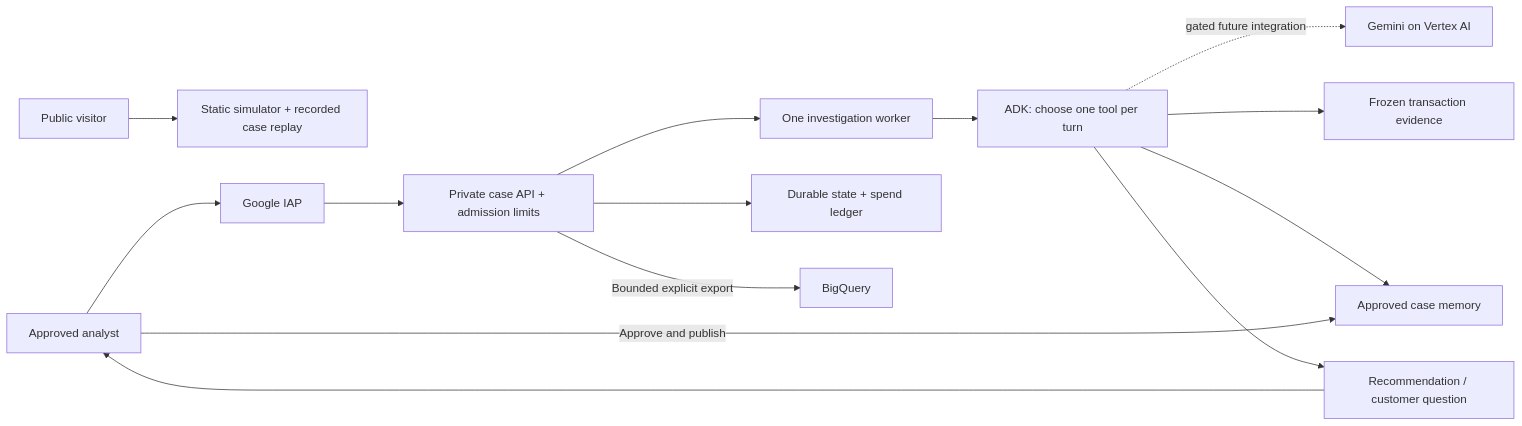
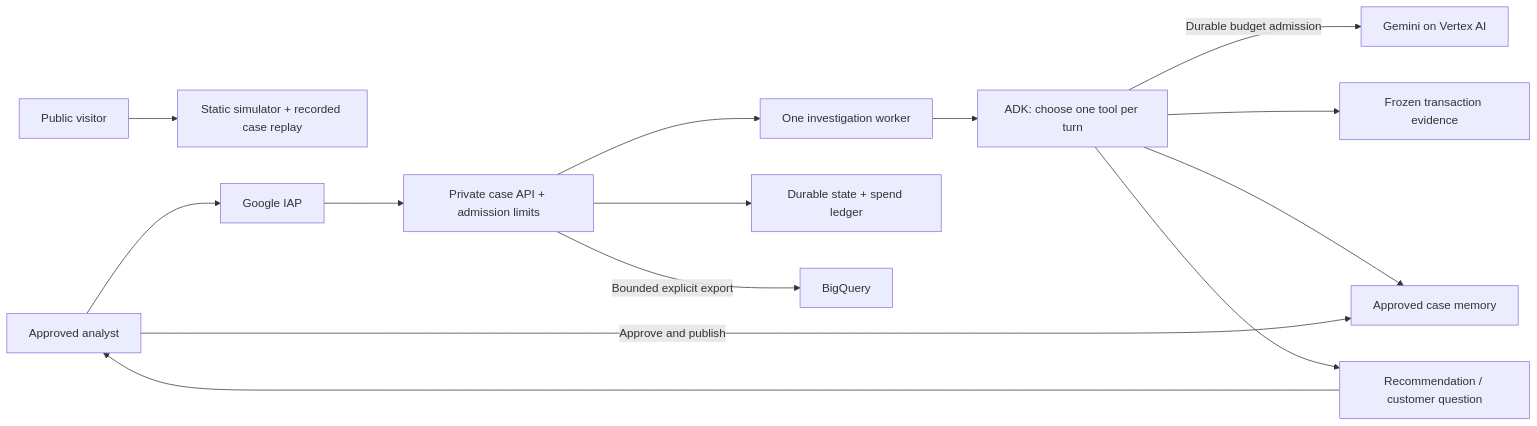
The diagram in README.md (VinceVence/apac-team-rocket), drawn with Mermaid before and after one commit. The commit also changed other lines of this file and 9 other files, not shown here.

````diff
--- a/README.md
+++ b/README.md
@@ -123,16 +123,16 @@
 ```mermaid
 flowchart LR
     Visitor[Public visitor] --> Replay[Static simulator + recorded case replay]
     Analyst[Approved analyst] --> IAP[Google IAP]
     IAP --> API[Private case API + admission limits]
     API --> Worker[One investigation worker]
     Worker --> ADK[ADK: choose one tool per turn]
-    ADK -. gated future integration .-> Vertex[Gemini on Vertex AI]
+    ADK -->|Durable budget admission| Vertex[Gemini on Vertex AI]
     ADK --> Evidence[Frozen transaction evidence]
     ADK --> Memory[Approved case memory]
     ADK --> Review[Recommendation / customer question]
     Review --> Analyst
     Analyst -->|Approve and publish| Memory
     API --> State[Durable state + spend ledger]
     API -->|Bounded explicit export| BQ[BigQuery]
 ```
````
